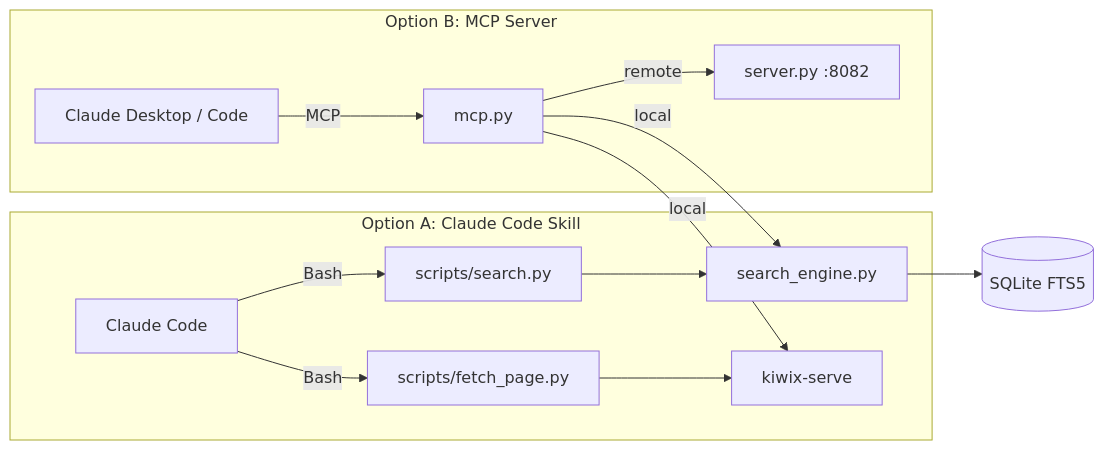
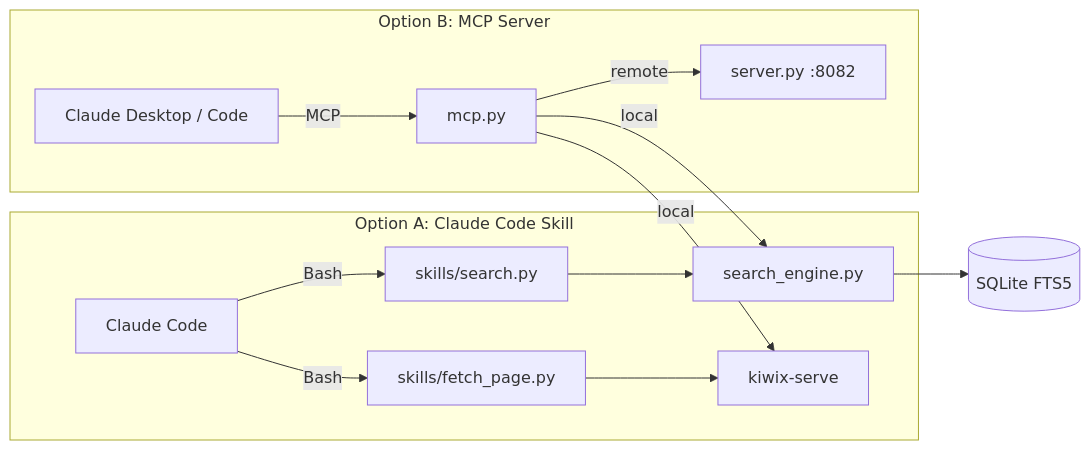
One commit to ArielIL/offline-web-search changed the diagram in README.md. Above: the diagram before and after it, drawn with Mermaid. The commit also changed other lines of this file and 9 other files, not shown here.

First line of the commit message:
fix: move skill files to skills/; add build_library scripts; fix docs

````diff
--- a/README.md
+++ b/README.md
@@ -11,18 +11,18 @@
 ```mermaid
 graph LR
     subgraph "Option A: Claude Code Skill"
-        CC1[Claude Code] -->|Bash| S1[scripts/search.py]
-        CC1 -->|Bash| S2[scripts/fetch_page.py]
+        CC1[Claude Code] -->|Bash| S1[skills/search.py]
+        CC1 -->|Bash| S2[skills/fetch_page.py]
         S1 --> SE[search_engine.py]
         S2 --> K1[kiwix-serve]
     end
 
     subgraph "Option B: MCP Server"
         CC2[Claude Desktop / Code] -->|MCP| M[mcp.py]
         M -->|local| SE
         M -->|local| K1
         M -->|remote| API[server.py :8082]
     end
 
     SE --> DB[(SQLite FTS5)]
 ```
````
